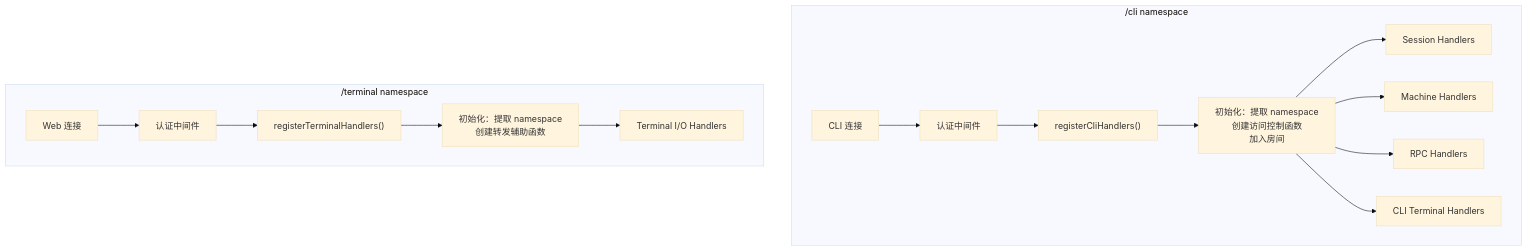
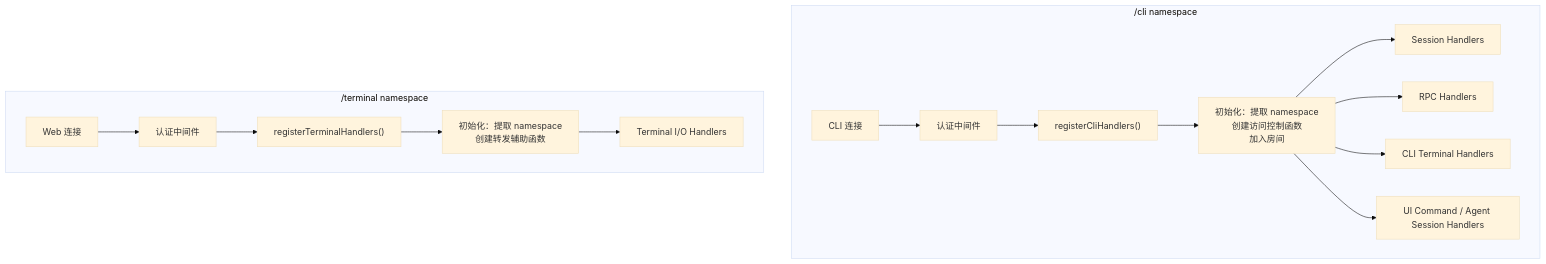
Before and after one commit to ModuBit/mobi: the first of 9 diagrams in docs/architecture/daemon/socket/handlers.md, drawn with Mermaid (base theme). The commit also changed other lines of this file and 86 other files, not shown here.

````diff
--- a/docs/architecture/daemon/socket/handlers.md
+++ b/docs/architecture/daemon/socket/handlers.md
@@ -25,19 +25,19 @@
 ```mermaid
 flowchart TB
     subgraph "/cli namespace"
         CLIConn[CLI 连接] --> CliAuth[认证中间件]
         CliAuth --> CliRegister["registerCliHandlers()"]
         CliRegister --> Init["初始化：提取 namespace<br/>创建访问控制函数<br/>加入房间"]
         Init --> Reg1[Session Handlers]
-        Init --> Reg2[Machine Handlers]
         Init --> Reg3[RPC Handlers]
         Init --> Reg4[CLI Terminal Handlers]
+        Init --> Reg5[UI Command / Agent Session Handlers]
     end
 
     subgraph "/terminal namespace"
         TermConn[Web 连接] --> TermAuth[认证中间件]
         TermAuth --> TermRegister["registerTerminalHandlers()"]
         TermRegister --> TermInit["初始化：提取 namespace<br/>创建转发辅助函数"]
         TermInit --> TermReg[Terminal I/O Handlers]
     end
 ```
````
